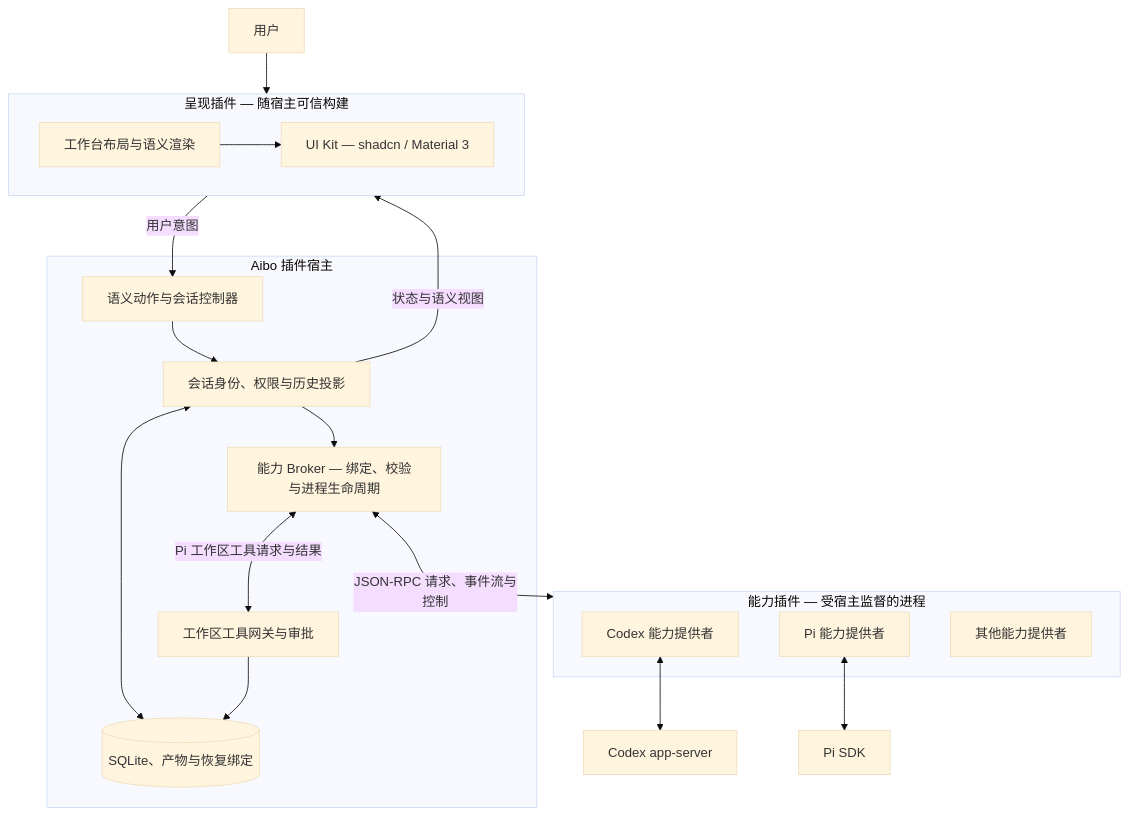
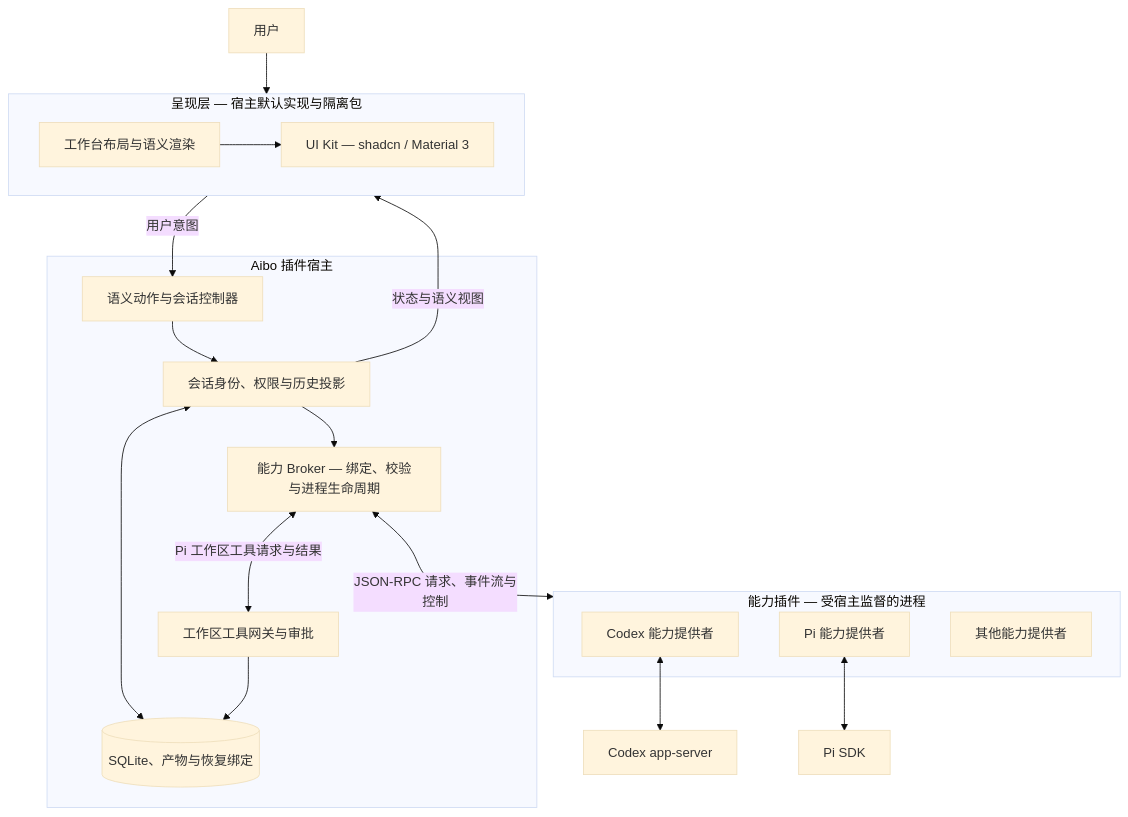
Before and after one commit to chldu2000/aibo: the diagram in README_zh.md, drawn with Mermaid (base theme). The commit also changed other lines of this file and 7 other files, not shown here.

````diff
--- a/README_zh.md
+++ b/README_zh.md
@@ -22,30 +22,30 @@
 ```mermaid
 flowchart TB
     user[用户] --> presentation
-    subgraph presentation[呈现插件 — 随宿主可信构建]
+    subgraph presentation[呈现层 — 宿主默认实现与隔离包]
         shell[工作台布局与语义渲染]
         kit[UI Kit — shadcn / Material 3]
         shell --> kit
     end
     subgraph host[Aibo 插件宿主]
         actions[语义动作与会话控制器]
         sessions[会话身份、权限与历史投影]
         broker[能力 Broker — 绑定、校验与进程生命周期]
         gateway[工作区工具网关与审批]
         storage[(SQLite、产物与恢复绑定)]
         actions --> sessions --> broker
         sessions <--> storage
         gateway --> storage
     end
     subgraph plugins[能力插件 — 受宿主监督的进程]
         codex[Codex 能力提供者]
         pi[Pi 能力提供者]
         extra[其他能力提供者]
     end
     presentation -->|用户意图| actions
     sessions -->|状态与语义视图| presentation
     broker <-->|JSON-RPC 请求、事件流与控制| plugins
     broker <-->|Pi 工作区工具请求与结果| gateway
     codex <--> native[Codex app-server]
     pi <--> sdk[Pi SDK]
 ```
````
